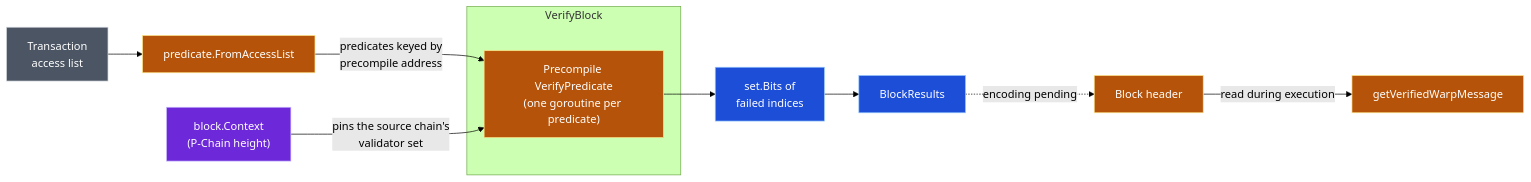
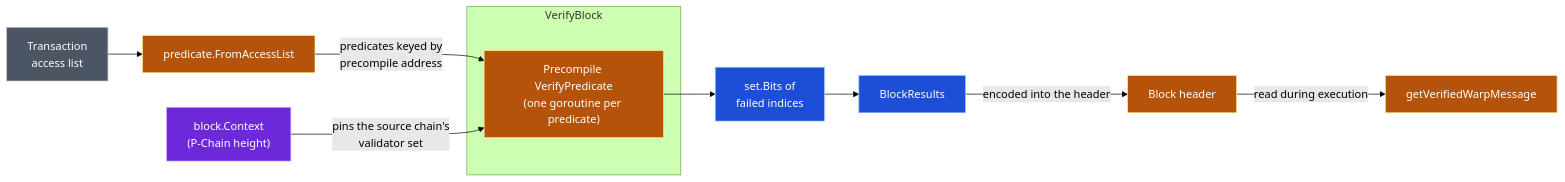
Before and after one commit to ava-labs/avalanchego: the third of 3 diagrams in vms/saevm/cchain/warp/README.md, drawn with Mermaid (forest theme). The commit also changed other lines of this file and 2 other files, not shown here.

````diff
--- a/vms/saevm/cchain/warp/README.md
+++ b/vms/saevm/cchain/warp/README.md
@@ -117,26 +122,26 @@
 ```mermaid
 flowchart LR
     tx["Transaction<br/>access list"]:::ext
     fal["predicate.FromAccessList"]:::evm
     bctx["block.Context<br/>(P-Chain height)"]:::plat
     bits["set.Bits of<br/>failed indices"]:::pkg
     res["BlockResults"]:::pkg
     hdr["Block header"]:::evm
     gvm["getVerifiedWarpMessage"]:::evm
 
     subgraph VB["VerifyBlock"]
         vp["Precompile VerifyPredicate<br/>(one goroutine per predicate)"]:::evm
     end
 
     tx --> fal
     fal -->|"predicates keyed by<br/>precompile address"| vp
     bctx -->|"pins the source chain's<br/>validator set"| vp
     vp --> bits --> res
-    res -.->|"encoding pending"| hdr
+    res -->|"encoded into the header"| hdr
     hdr -->|"read during execution"| gvm
 
     classDef pkg fill:#1d4ed8,stroke:#93c5fd,color:#fff
     classDef evm fill:#b45309,stroke:#fde68a,color:#fff
     classDef plat fill:#6d28d9,stroke:#c4b5fd,color:#fff
     classDef ext fill:#4b5563,stroke:#d1d5db,color:#fff
 ```
````
